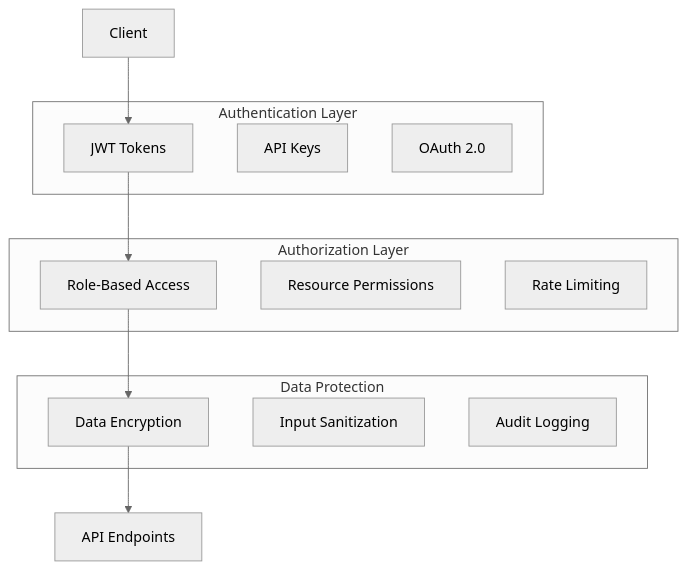
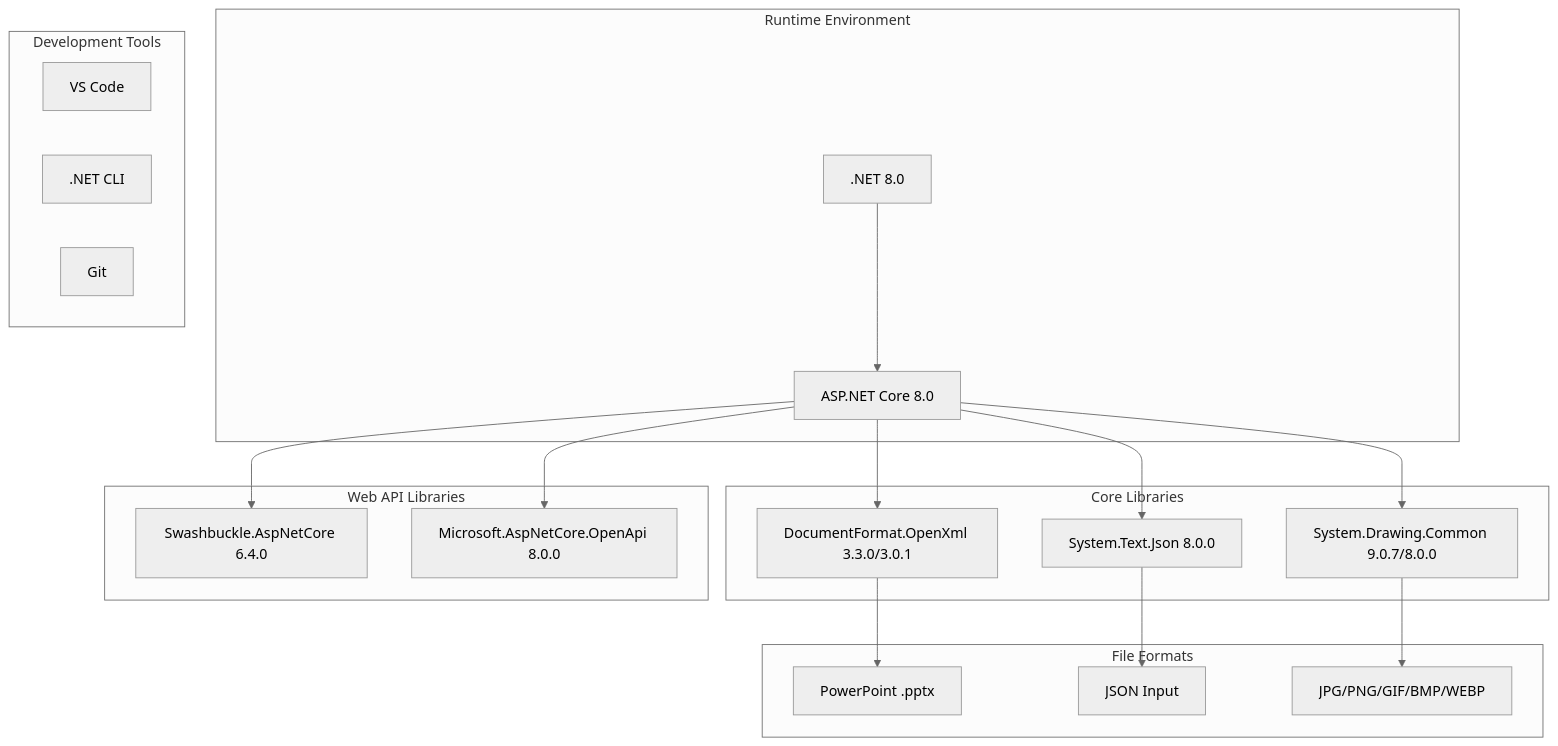
One commit to ahemavathy/Powerpoint changed the tenth of 11 diagrams in ARCHITECTURE_DIAGRAMS.md. Above: the diagram before and after it, drawn with Mermaid (neutral theme). The commit also changed other lines of this file and 8 other files, not shown here.

````diff
--- a/ARCHITECTURE_DIAGRAMS.md
+++ b/ARCHITECTURE_DIAGRAMS.md
@@ -257,25 +417,41 @@
 ```mermaid
 graph TB
-    subgraph "Authentication Layer"
-        JWT[JWT Tokens]
-        API_KEY[API Keys]
-        OAUTH[OAuth 2.0]
+    subgraph "Runtime Environment"
+        NET8[.NET 8.0]
+        ASPNET[ASP.NET Core 8.0]
     end
     
-    subgraph "Authorization Layer"
-        RBAC[Role-Based Access]
-        PERMISSIONS[Resource Permissions]
-        RATE_LIMIT[Rate Limiting]
+    subgraph "Core Libraries"
+        OPENXML[DocumentFormat.OpenXml 3.3.0/3.0.1]
+        DRAWING[System.Drawing.Common 9.0.7/8.0.0]
+        JSON_LIB[System.Text.Json 8.0.0]
     end
     
-    subgraph "Data Protection"
-        ENCRYPT[Data Encryption]
-        SANITIZE[Input Sanitization]
-        AUDIT[Audit Logging]
+    subgraph "Web API Libraries"
+        SWAGGER[Swashbuckle.AspNetCore 6.4.0]
+        OPENAPI[Microsoft.AspNetCore.OpenApi 8.0.0]
     end
     
-    CLIENT[Client] --> JWT
-    JWT --> RBAC
-    RBAC --> ENCRYPT
-    ENCRYPT --> API_ENDPOINT[API Endpoints]
+    subgraph "Development Tools"
+        VSCODE[VS Code]
+        DOTNET_CLI[.NET CLI]
+        GIT[Git]
+    end
+    
+    subgraph "File Formats"
+        PPTX[PowerPoint .pptx]
+        JSON_FORMAT[JSON Input]
+        IMAGE_FORMATS[JPG/PNG/GIF/BMP/WEBP]
+    end
+    
+    NET8 --> ASPNET
+    ASPNET --> OPENXML
+    ASPNET --> DRAWING
+    ASPNET --> JSON_LIB
+    ASPNET --> SWAGGER
+    ASPNET --> OPENAPI
+    
+    OPENXML --> PPTX
+    JSON_LIB --> JSON_FORMAT
+    DRAWING --> IMAGE_FORMATS
 ```
````
